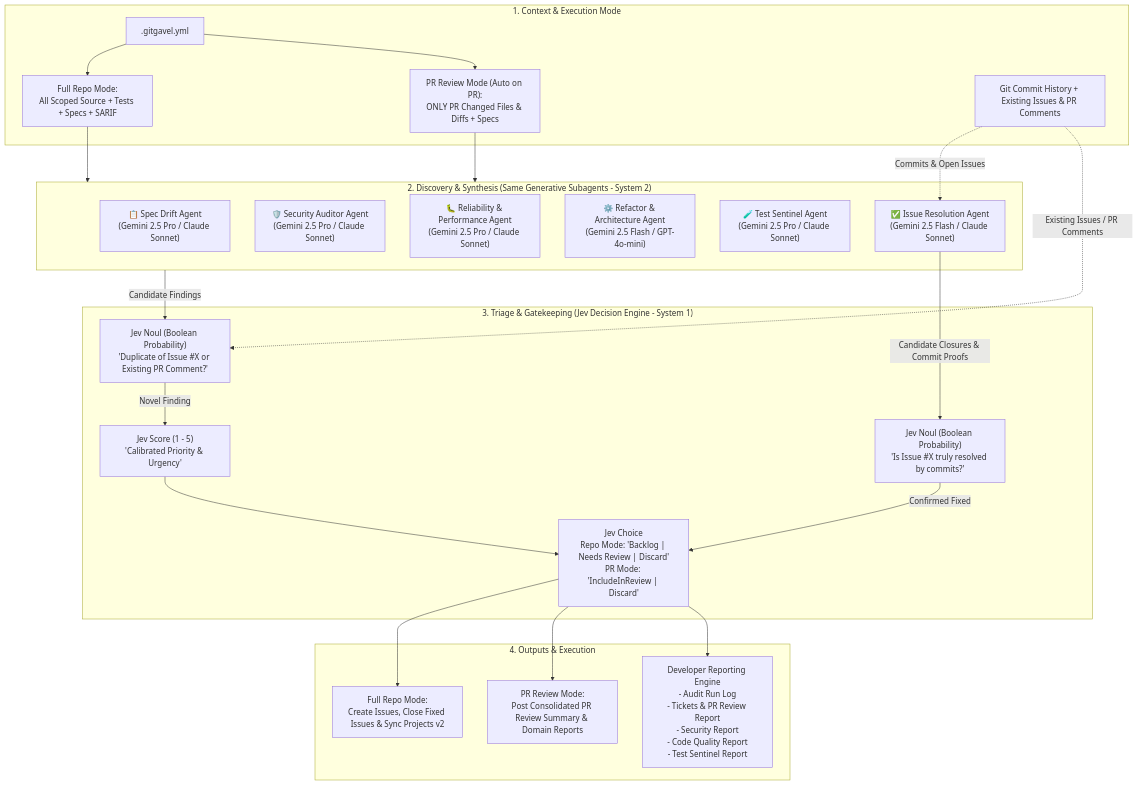
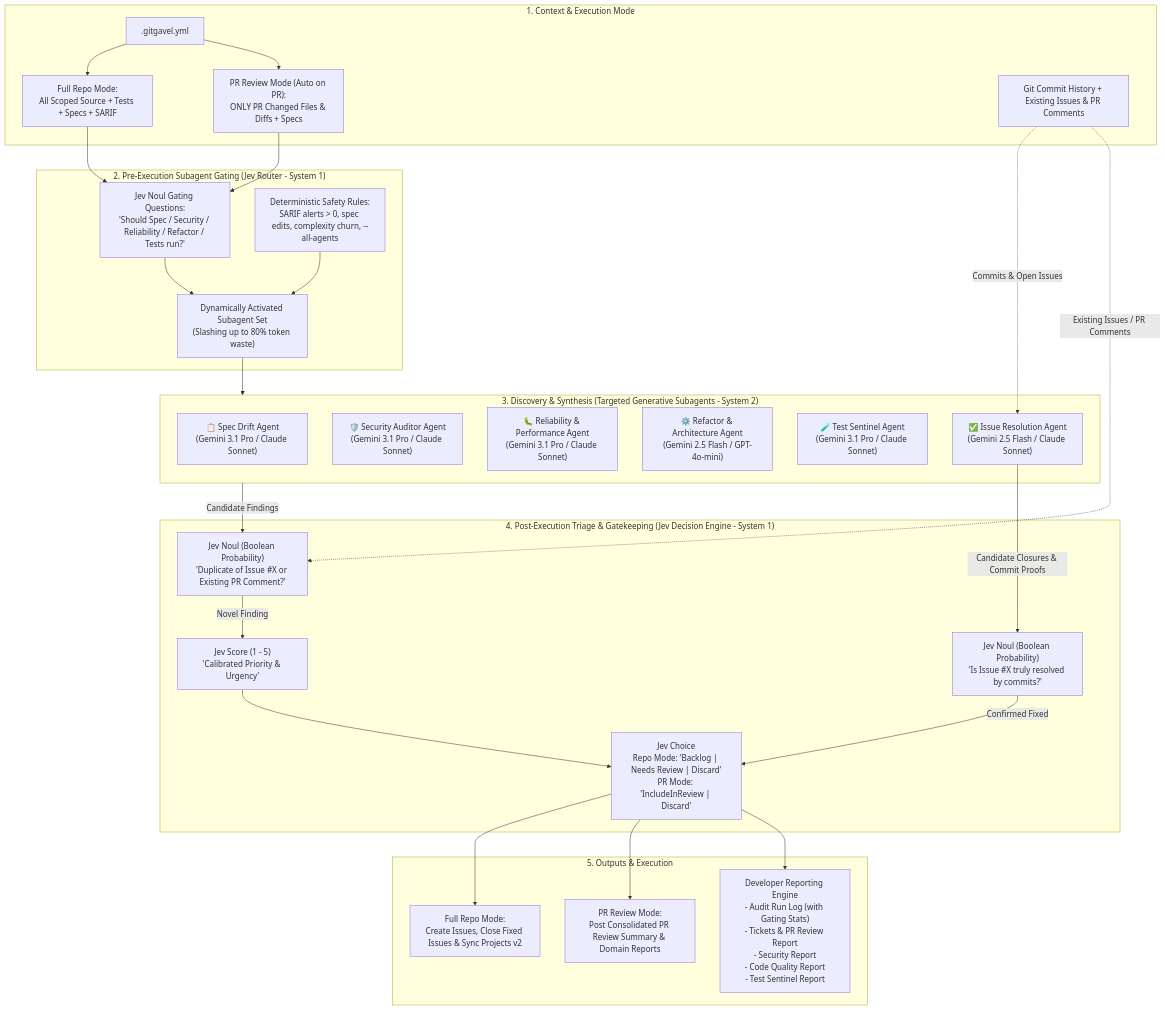
The diagram in SPECIFICATION.md (tyronebramwell/GitGavel), drawn with Mermaid before and after one commit. The commit also changed other lines of this file, not shown here.

Commit message:
docs(spec): add Phase 9 Jev-Powered Subagent Pre-Execution Triage & Gating

````diff
--- a/SPECIFICATION.md
+++ b/SPECIFICATION.md
@@ -37,49 +40,58 @@
 ```mermaid
 flowchart TD
     subgraph Host ["1. Context & Execution Mode"]
         Config[".gitgavel.yml"]
         FullMode["Full Repo Mode:\nAll Scoped Source + Tests + Specs + SARIF"]
         PRMode["PR Review Mode (Auto on PR):\nONLY PR Changed Files & Diffs + Specs"]
         GitHistory["Git Commit History + Existing Issues & PR Comments"]
     end
 
-    subgraph System2 ["2. Discovery & Synthesis (Same Generative Subagents - System 2)"]
-        SpecAgent["📋 Spec Drift Agent\n(Gemini 2.5 Pro / Claude Sonnet)"]
-        SecAgent["🛡️ Security Auditor Agent\n(Gemini 2.5 Pro / Claude Sonnet)"]
-        RelAgent["🐛 Reliability & Performance Agent\n(Gemini 2.5 Pro / Claude Sonnet)"]
+    subgraph PreTriage ["2. Pre-Execution Subagent Gating (Jev Router - System 1)"]
+        JevGate["Jev Noul Gating Questions:\n'Should Spec / Security / Reliability / Refactor / Tests run?'"]
+        SafetyOverrides["Deterministic Safety Rules:\nSARIF alerts > 0, spec edits, complexity churn, --all-agents"]
+        ActiveAgents["Dynamically Activated Subagent Set\n(Slashing up to 80% token waste)"]
+        JevGate --> ActiveAgents
+        SafetyOverrides --> ActiveAgents
+    end
+
+    subgraph System2 ["3. Discovery & Synthesis (Targeted Generative Subagents - System 2)"]
+        SpecAgent["📋 Spec Drift Agent\n(Gemini 3.1 Pro / Claude Sonnet)"]
+        SecAgent["🛡️ Security Auditor Agent\n(Gemini 3.1 Pro / Claude Sonnet)"]
+        RelAgent["🐛 Reliability & Performance Agent\n(Gemini 3.1 Pro / Claude Sonnet)"]
         RefactorAgent["⚙️ Refactor & Architecture Agent\n(Gemini 2.5 Flash / GPT-4o-mini)"]
-        TestAgent["🧪 Test Sentinel Agent\n(Gemini 2.5 Pro / Claude Sonnet)"]
+        TestAgent["🧪 Test Sentinel Agent\n(Gemini 3.1 Pro / Claude Sonnet)"]
         ResolutionAgent["✅ Issue Resolution Agent\n(Gemini 2.5 Flash / Claude Sonnet)"]
     end
 
-    subgraph System1 ["3. Triage & Gatekeeping (Jev Decision Engine - System 1)"]
+    subgraph PostTriage ["4. Post-Execution Triage & Gatekeeping (Jev Decision Engine - System 1)"]
         JevDedupe["Jev Noul (Boolean Probability)\n'Duplicate of Issue #X or Existing PR Comment?'"]
         JevVerifyFix["Jev Noul (Boolean Probability)\n'Is Issue #X truly resolved by commits?'"]
         JevScore["Jev Score (1 - 5)\n'Calibrated Priority & Urgency'"]
         JevRoute["Jev Choice\nRepo Mode: 'Backlog | Needs Review | Discard'\nPR Mode: 'IncludeInReview | Discard'"]
         
         JevDedupe -->|Novel Finding| JevScore
         JevVerifyFix -->|Confirmed Fixed| JevRoute
         JevScore --> JevRoute
     end
 
-    subgraph Targets ["4. Outputs & Execution"]
+    subgraph Targets ["5. Outputs & Execution"]
         GH_Projects["Full Repo Mode:\nCreate Issues, Close Fixed Issues & Sync Projects v2"]
         GH_PR["PR Review Mode:\nPost Consolidated PR Review Summary & Domain Reports"]
-        ReportsEngine["Developer Reporting Engine\n- Audit Run Log\n- Tickets & PR Review Report\n- Security Report\n- Code Quality Report\n- Test Sentinel Report"]
+        ReportsEngine["Developer Reporting Engine\n- Audit Run Log (with Gating Stats)\n- Tickets & PR Review Report\n- Security Report\n- Code Quality Report\n- Test Sentinel Report"]
     end
 
     Config --> FullMode
     Config --> PRMode
-    FullMode --> System2
-    PRMode --> System2
+    FullMode --> JevGate
+    PRMode --> JevGate
+    ActiveAgents --> System2
     GitHistory -.->|Commits & Open Issues| ResolutionAgent
     GitHistory -.->|Existing Issues / PR Comments| JevDedupe
 
     System2 -->|Candidate Findings| JevDedupe
     ResolutionAgent -->|Candidate Closures & Commit Proofs| JevVerifyFix
 
     JevRoute --> GH_Projects
     JevRoute --> GH_PR
     JevRoute --> ReportsEngine
 ```
````
